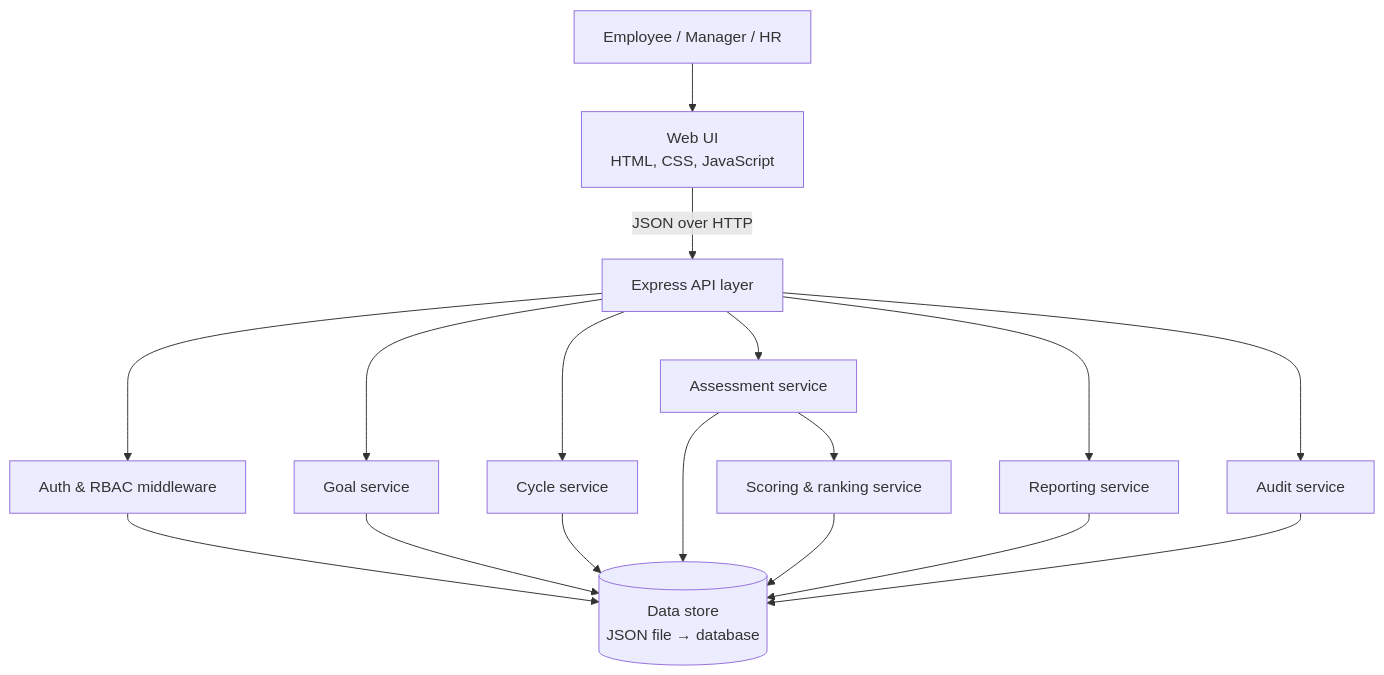
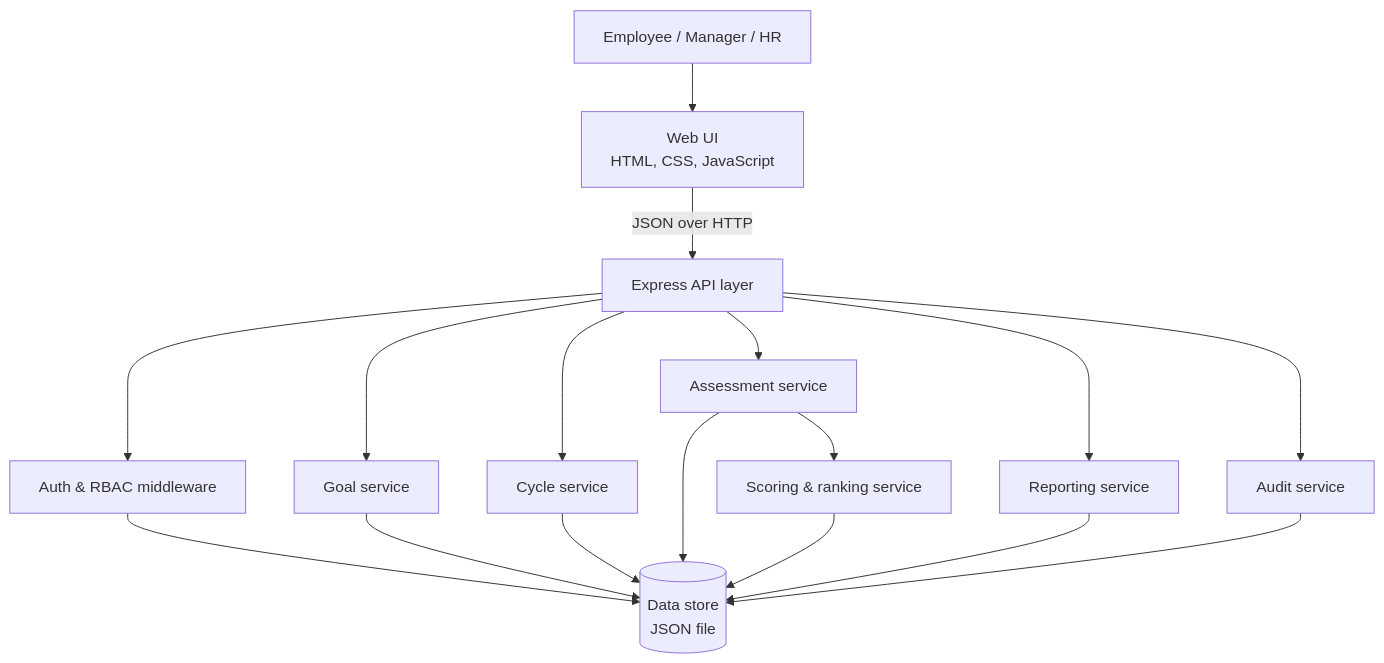
Before and after one commit to GSAIHEMANTH279/Automated-performance-appraisal-system: the first of 3 diagrams in SRS_SAD_TestPlan/SAD.md, drawn with Mermaid. The commit also changed other lines of this file and 4 other files, not shown here.

````diff
--- a/SRS_SAD_TestPlan/SAD.md
+++ b/SRS_SAD_TestPlan/SAD.md
@@ -67,19 +68,19 @@
 ```mermaid
 flowchart TD
   User[Employee / Manager / HR] --> UI[Web UI<br/>HTML, CSS, JavaScript]
   UI -->|JSON over HTTP| API[Express API layer]
   API --> AUTH[Auth & RBAC middleware]
   API --> GOAL[Goal service]
   API --> CYCLE[Cycle service]
   API --> ASSESS[Assessment service]
   ASSESS --> SCORE[Scoring & ranking service]
   API --> REPORT[Reporting service]
   API --> AUDIT[Audit service]
-  AUTH --> STORE[(Data store<br/>JSON file → database)]
+  AUTH --> STORE[(Data store<br/>JSON file)]
   GOAL --> STORE
   CYCLE --> STORE
   ASSESS --> STORE
   SCORE --> STORE
   REPORT --> STORE
   AUDIT --> STORE
 ```
````
